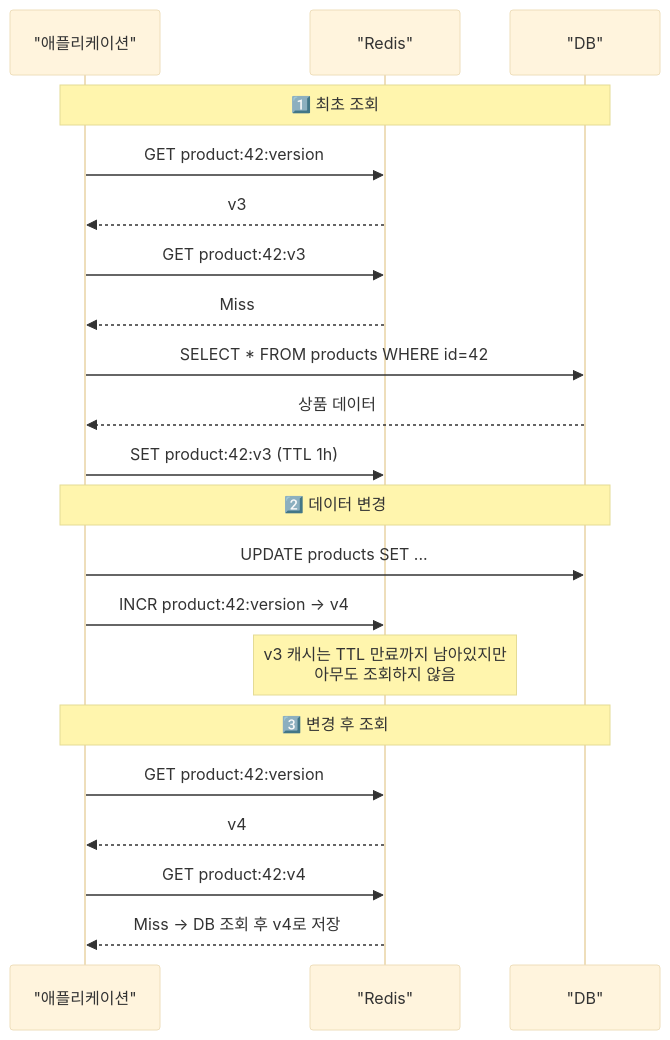
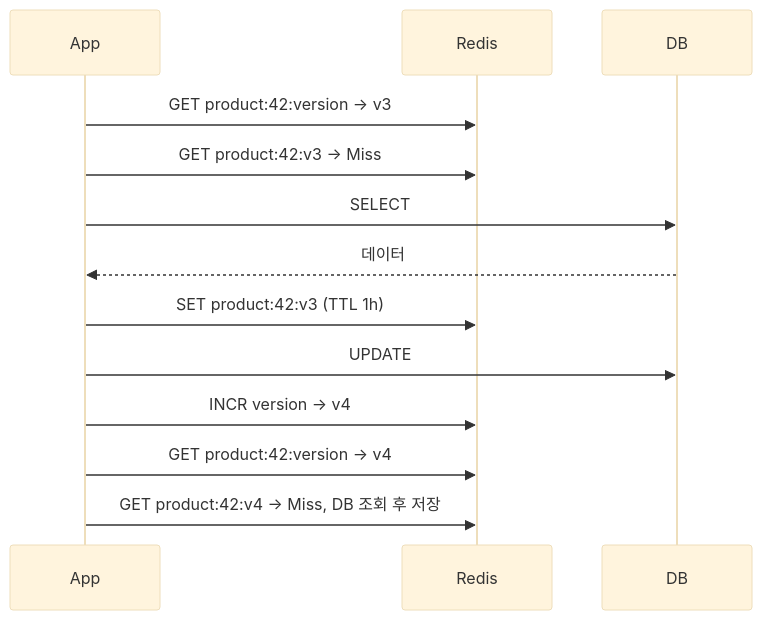
One commit to yjkim2015/yjkim2015.github.io changed the third of 8 diagrams in _posts/caching/2026-05-03-cache-invalidation.md. Above: the diagram before and after it, drawn with Mermaid (base theme). The commit also changed other lines of this file and 215 other files, not shown here.

First line of the commit message:
신규 포스트 10개 추가 + Mermaid 전면 축소 + SystemDesign 시리즈 보강

````diff
--- a/_posts/caching/2026-05-03-cache-invalidation.md
+++ b/_posts/caching/2026-05-03-cache-invalidation.md
@@ -177,26 +177,15 @@
 ```mermaid
 sequenceDiagram
-    participant App as "애플리케이션"
-    participant Redis as "Redis"
-    participant DB as "DB"
-
-    Note over App,DB: 1️⃣ 최초 조회
-    App->>Redis: GET product:42:version
-    Redis-->>App: v3
-    App->>Redis: GET product:42:v3
-    Redis-->>App: Miss
-    App->>DB: SELECT * FROM products WHERE id=42
-    DB-->>App: 상품 데이터
+    participant App
+    participant Redis
+    participant DB
+    App->>Redis: GET product:42:version → v3
+    App->>Redis: GET product:42:v3 → Miss
+    App->>DB: SELECT
+    DB-->>App: 데이터
     App->>Redis: SET product:42:v3 (TTL 1h)
-
-    Note over App,DB: 2️⃣ 데이터 변경
-    App->>DB: UPDATE products SET ...
-    App->>Redis: INCR product:42:version → v4
-    Note over Redis: v3 캐시는 TTL 만료까지 남아있지만<br/>아무도 조회하지 않음
-
-    Note over App,DB: 3️⃣ 변경 후 조회
-    App->>Redis: GET product:42:version
-    Redis-->>App: v4
-    App->>Redis: GET product:42:v4
-    Redis-->>App: Miss → DB 조회 후 v4로 저장
+    App->>DB: UPDATE
+    App->>Redis: INCR version → v4
+    App->>Redis: GET product:42:version → v4
+    App->>Redis: GET product:42:v4 → Miss, DB 조회 후 저장
 ```
````
